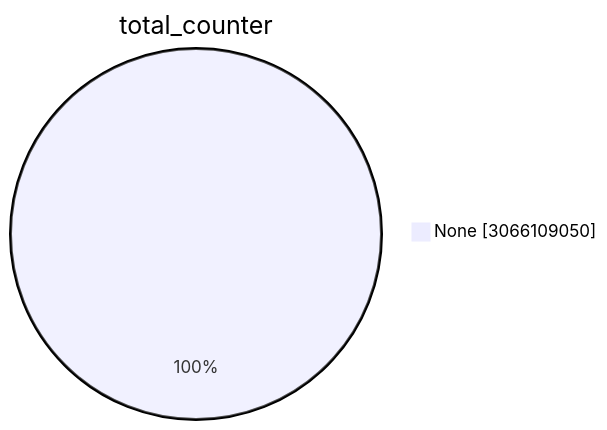
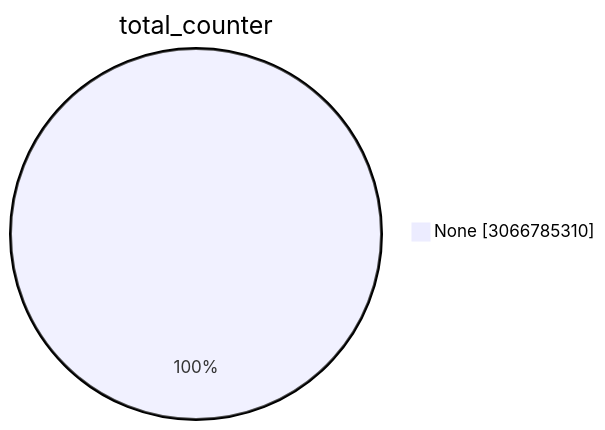
One commit to christiankrug/ctmonitor_visualization changed the first of 15 diagrams in TOTAL/README.md. Above: the diagram before and after it, drawn with Mermaid. The commit also changed other lines of this file, not shown here.

````diff
--- a/TOTAL/README.md
+++ b/TOTAL/README.md
@@ -1,5 +1,5 @@
 ```mermaid
 pie showData
 title total_counter
-"None" :3066109050
+"None" :3066785310
 ```
````
